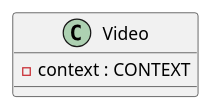
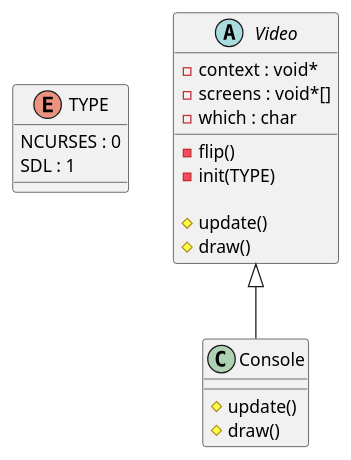
Before and after one commit to DavidKeaton/SpaceRogue: the diagram in uml/Video.puml, drawn with PlantUML. The commit also changed 8 other files, not shown here.

```diff
--- a/uml/Video.puml
+++ b/uml/Video.puml
@@ -1,5 +1,25 @@
 @startuml
-class Video {
-    -context : CONTEXT
+enum TYPE {
+    NCURSES : 0
+    SDL : 1
 }
+
+abstract class Video {
+    -context : void*
+    -screens : void*[]
+    -which : char
+
+    -flip()
+    -init(TYPE)
+
+    #update()
+    #draw()
+}
+
+class Console {
+    #update()
+    #draw()
+}
+
+Video<|--Console
 @enduml
```
